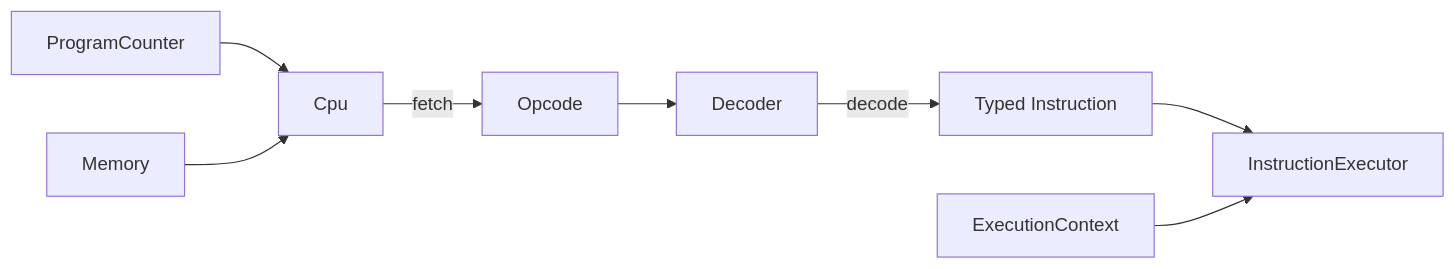
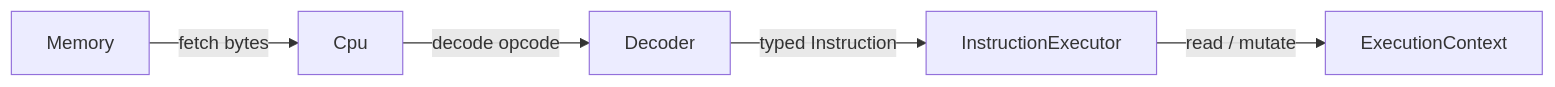
One commit to fa-ribeiro/Chip8NX changed the third of 9 diagrams in docs/architecture/overview.md. Above: the diagram before and after it, drawn with Mermaid. The commit also changed other lines of this file and 12 other files, not shown here.

````diff
--- a/docs/architecture/overview.md
+++ b/docs/architecture/overview.md
@@ -121,19 +59,13 @@
 ```mermaid
 flowchart LR
-    PC["ProgramCounter"]
     Memory["Memory"]
     Cpu["Cpu"]
-    Opcode["Opcode"]
     Decoder["Decoder"]
-    Instruction["Typed Instruction"]
     Executor["InstructionExecutor"]
     Context["ExecutionContext"]
 
-    PC --> Cpu
-    Memory --> Cpu
-    Cpu -->|"fetch"| Opcode
-    Opcode --> Decoder
-    Decoder -->|"decode"| Instruction
-    Instruction --> Executor
-    Context --> Executor
+    Memory -->|"fetch bytes"| Cpu
+    Cpu -->|"decode opcode"| Decoder
+    Decoder -->|"typed Instruction"| Executor
+    Executor -->|"read / mutate"| Context
 ```
````
